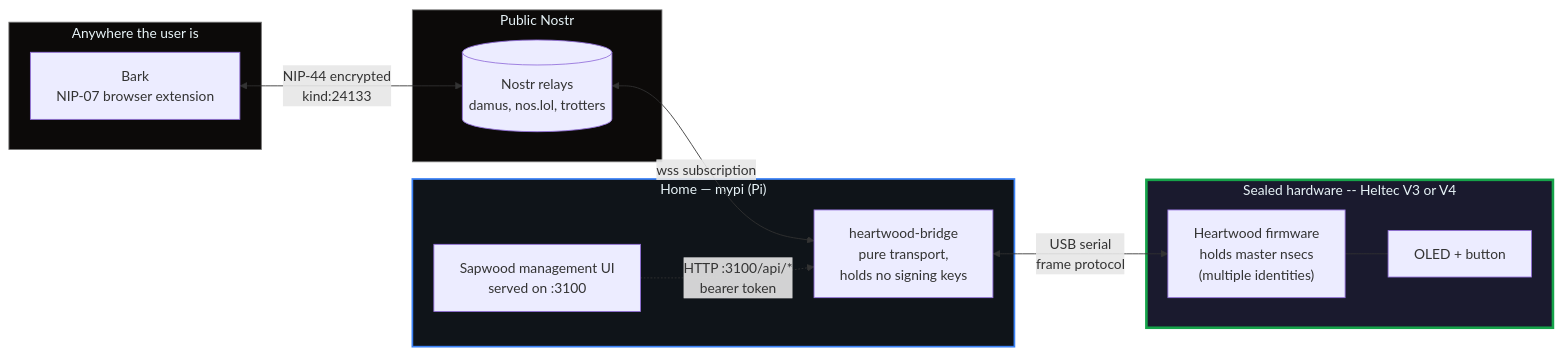
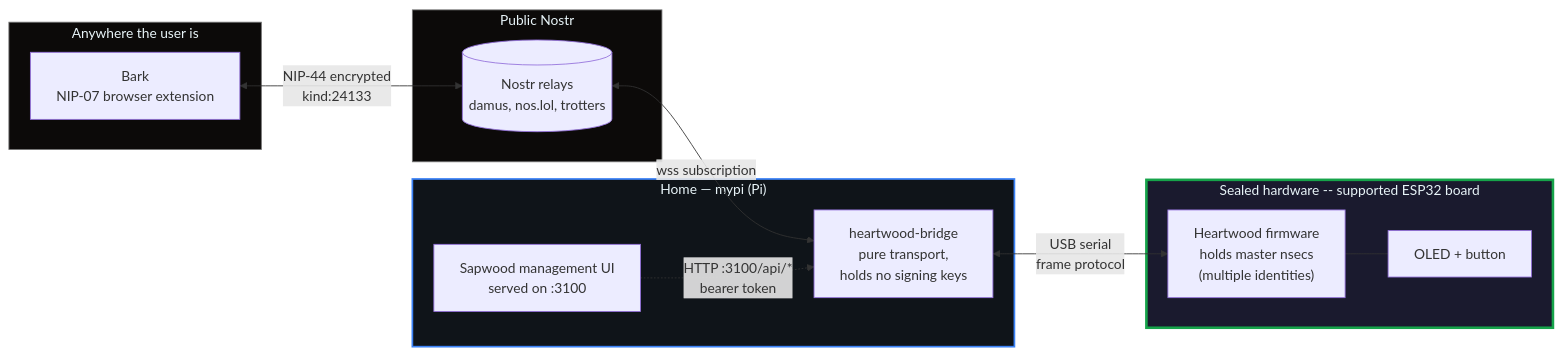
The first of 5 diagrams in docs/architecture.md (forgesworn/heartwood-esp32), drawn with Mermaid before and after one commit. The commit also changed other lines of this file and 36 other files, not shown here.

````diff
--- a/docs/architecture.md
+++ b/docs/architecture.md
@@ -10,31 +12,31 @@
 ```mermaid
 flowchart LR
     subgraph Anywhere["Anywhere the user is"]
         Bark["Bark<br/>NIP-07 browser extension"]
     end
 
     subgraph Public["Public Nostr"]
         Relays[("Nostr relays<br/>damus, nos.lol, trotters")]
     end
 
     subgraph Home["Home — mypi (Pi)"]
         Bridge["heartwood-bridge<br/>pure transport,<br/>holds no signing keys"]
         Sapwood["Sapwood management UI<br/>served on :3100"]
     end
 
-    subgraph HSM["Sealed hardware -- Heltec V3 or V4"]
+    subgraph HSM["Sealed hardware -- supported ESP32 board"]
         Firmware["Heartwood firmware<br/>holds master nsecs<br/>(multiple identities)"]
         OLED["OLED + button"]
     end
 
     Bark <-->|"NIP-44 encrypted<br/>kind:24133"| Relays
     Relays <-->|"wss subscription"| Bridge
     Bridge <-->|"USB serial<br/>frame protocol"| Firmware
     Firmware --- OLED
     Sapwood -.->|"HTTP :3100/api/*<br/>bearer token"| Bridge
 
     style HSM fill:#1a1a2e,stroke:#16a34a,stroke-width:3px,color:#e8f4f8
     style Home fill:#0f1419,stroke:#3b82f6,stroke-width:2px,color:#e8f4f8
     style Public fill:#0c0a09,stroke:#737373,color:#e8f4f8
     style Anywhere fill:#0c0a09,stroke:#737373,color:#e8f4f8
 ```
````
